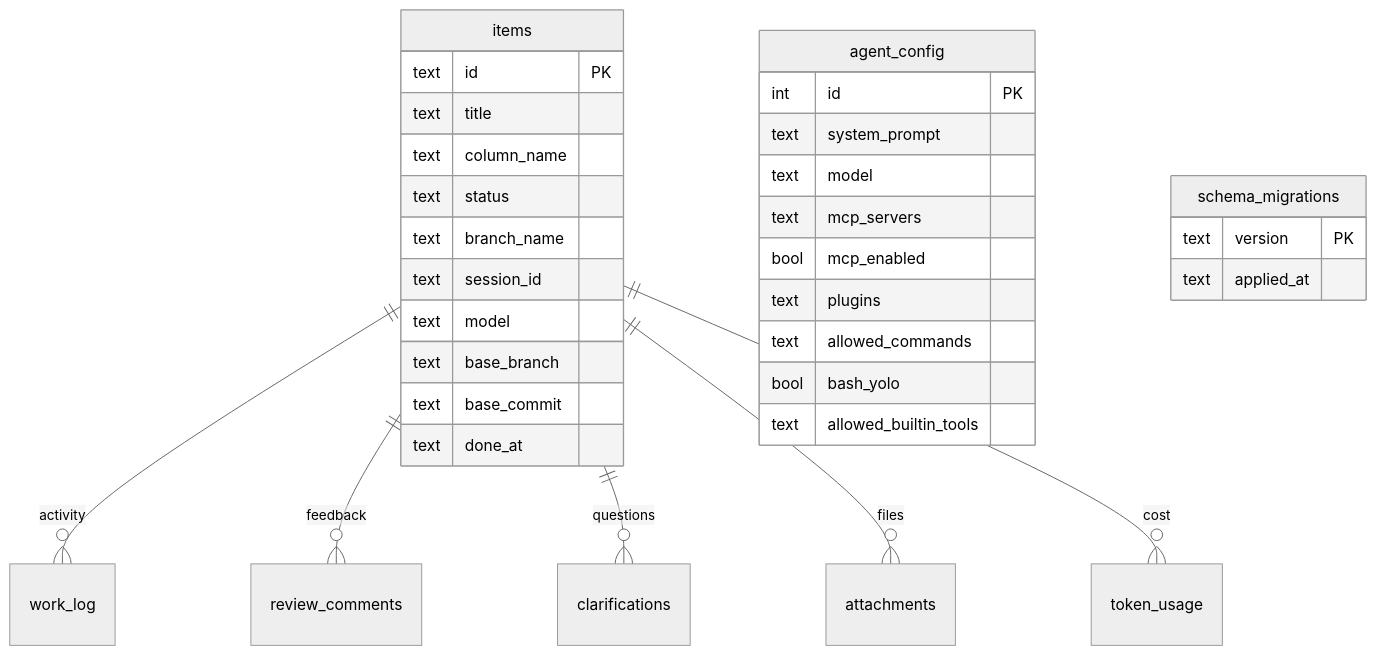
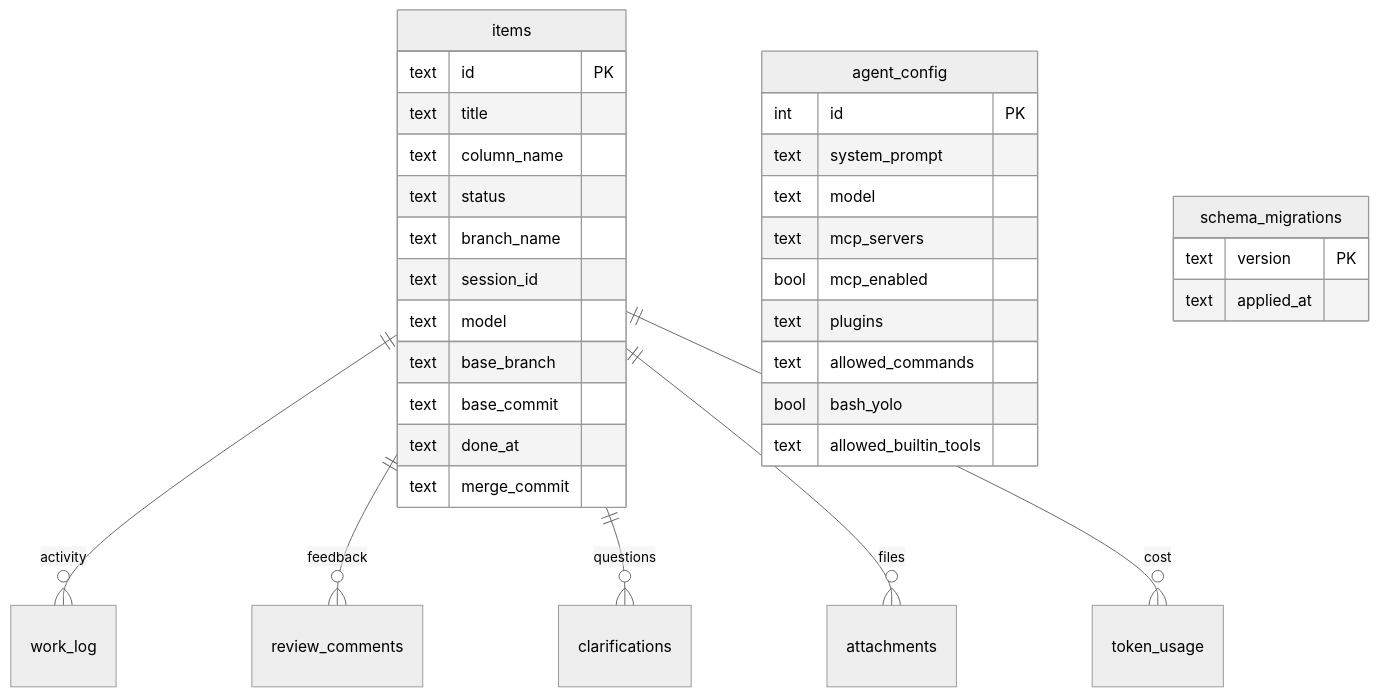
One commit to epatel/claude-agents-dashboard changed the fourth of 4 diagrams in CLAUDE.md. Above: the diagram before and after it, drawn with Mermaid (neutral theme). The commit also changed other lines of this file and 2 other files, not shown here.

````diff
--- a/CLAUDE.md
+++ b/CLAUDE.md
@@ -272,38 +281,39 @@
 ```mermaid
 erDiagram
     items ||--o{ work_log : "activity"
     items ||--o{ review_comments : "feedback"
     items ||--o{ clarifications : "questions"
     items ||--o{ attachments : "files"
     items ||--o{ token_usage : "cost"
 
     items {
         text id PK
         text title
         text column_name
         text status
         text branch_name
         text session_id
         text model
         text base_branch
         text base_commit
         text done_at
+        text merge_commit
     }
 
     agent_config {
         int id PK
         text system_prompt
         text model
         text mcp_servers
         bool mcp_enabled
         text plugins
         text allowed_commands
         bool bash_yolo
         text allowed_builtin_tools
     }
 
     schema_migrations {
         text version PK
         text applied_at
     }
 ```
````
